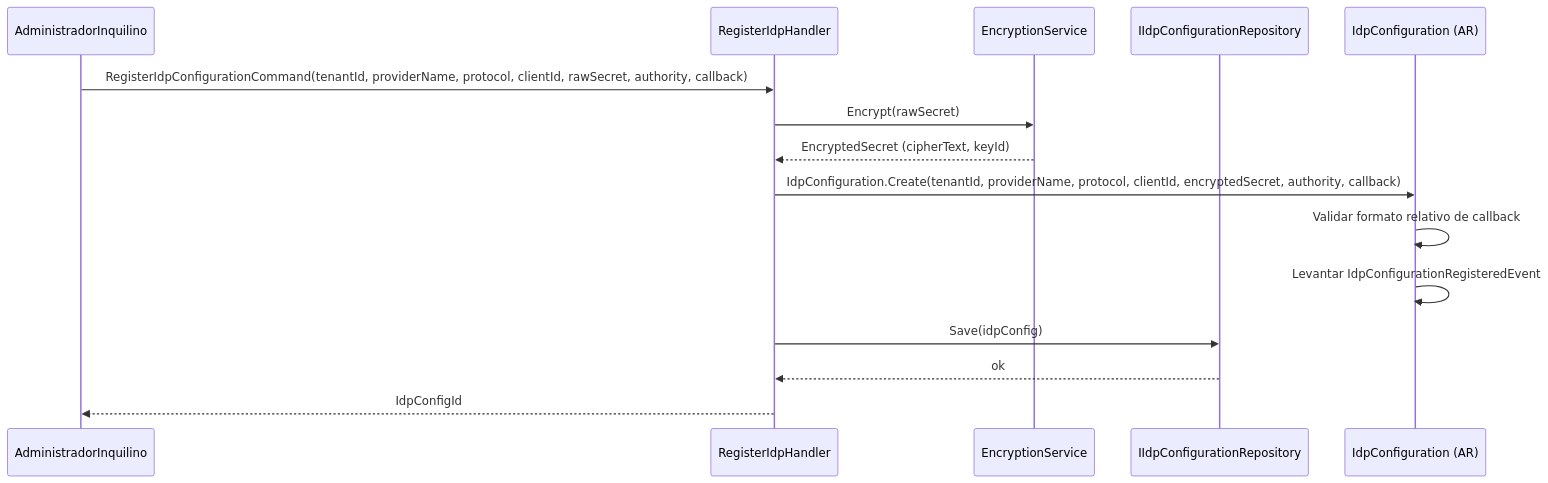
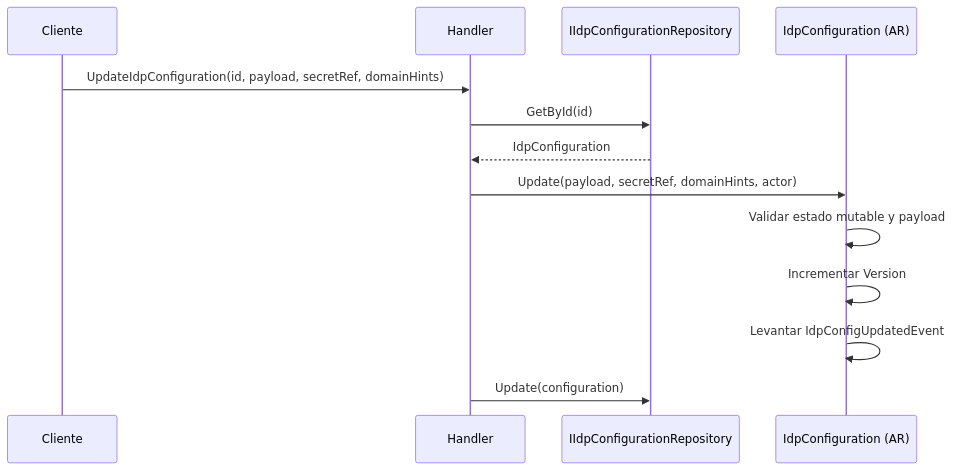
One commit to beyondnetcode/ums changed the second of 3 diagrams in docs/domain-es/configuration/idp-configuration.md. Above: the diagram before and after it, drawn with Mermaid. The commit also changed other lines of this file and 19 other files, not shown here.

````diff
--- a/docs/domain-es/configuration/idp-configuration.md
+++ b/docs/domain-es/configuration/idp-configuration.md
@@ -140,18 +102,16 @@
 ```mermaid
 sequenceDiagram
-    participant C as AdministradorInquilino
-    participant H as RegisterIdpHandler
-    participant S as EncryptionService
+    participant C as Cliente
+    participant H as Handler
     participant R as IIdpConfigurationRepository
     participant I as IdpConfiguration (AR)
 
-    C->>H: RegisterIdpConfigurationCommand(tenantId, providerName, protocol, clientId, rawSecret, authority, callback)
-    H->>S: Encrypt(rawSecret)
-    S-->>H: EncryptedSecret (cipherText, keyId)
-    H->>I: IdpConfiguration.Create(tenantId, providerName, protocol, clientId, encryptedSecret, authority, callback)
-    I->>I: Validar formato relativo de callback
-    I->>I: Levantar IdpConfigurationRegisteredEvent
-    H->>R: Save(idpConfig)
-    R-->>H: ok
-    H-->>C: IdpConfigId
+    C->>H: UpdateIdpConfiguration(id, payload, secretRef, domainHints)
+    H->>R: GetById(id)
+    R-->>H: IdpConfiguration
+    H->>I: Update(payload, secretRef, domainHints, actor)
+    I->>I: Validar estado mutable y payload
+    I->>I: Incrementar Version
+    I->>I: Levantar IdpConfigUpdatedEvent
+    H->>R: Update(configuration)
 ```
````
